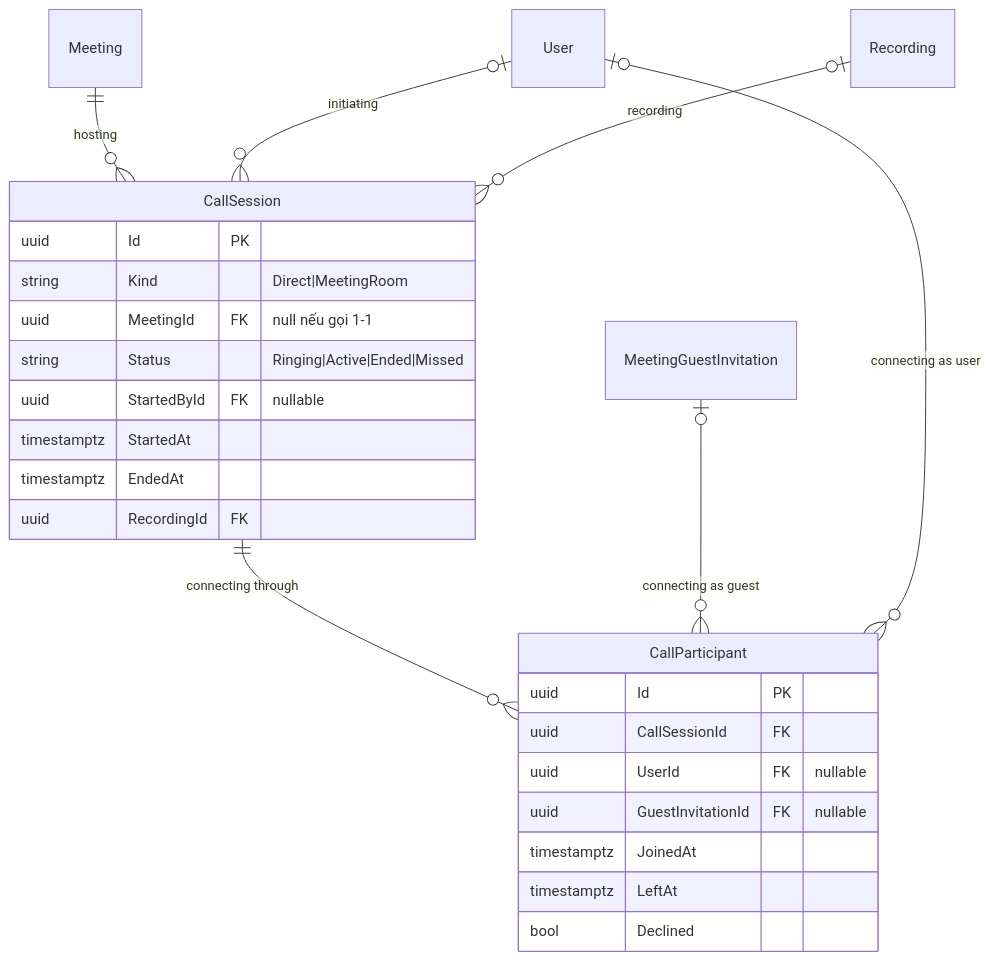
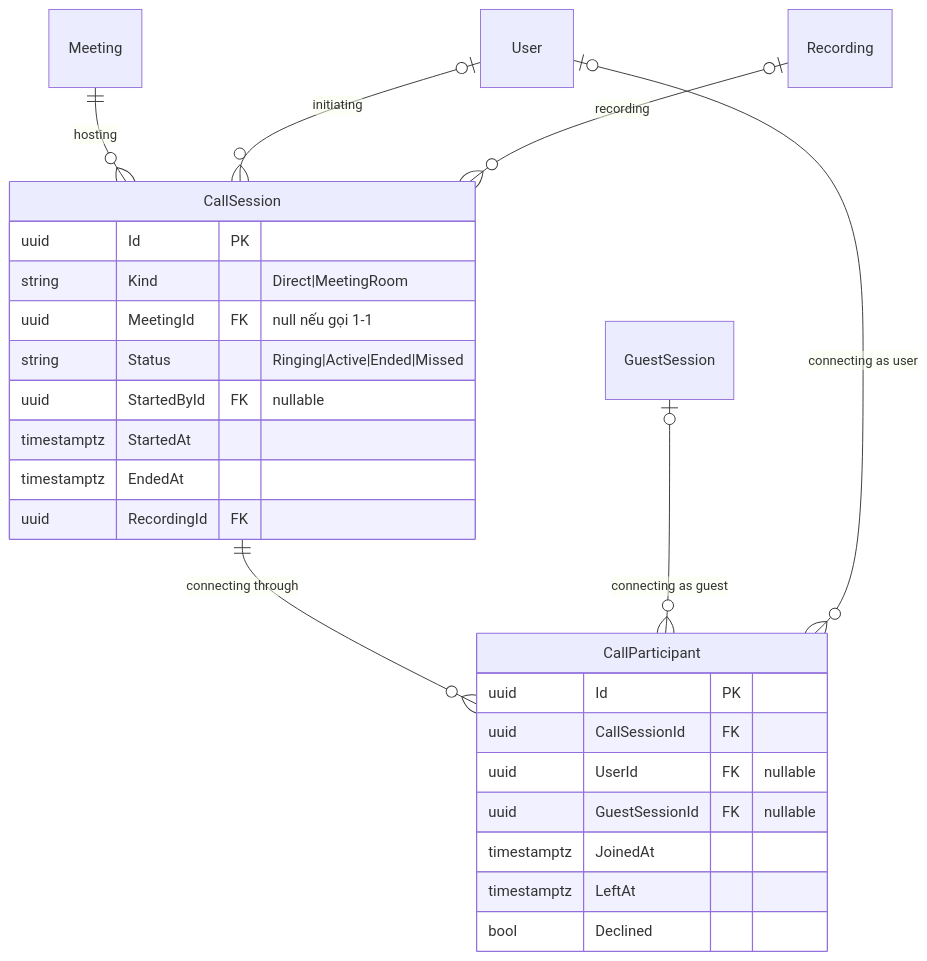
The fifth of 6 diagrams in docs/02-design/02-erd.md (callmehai/FU-FA26-G116), drawn with Mermaid before and after one commit. The commit also changed other lines of this file and 29 other files, not shown here.

````diff
--- a/docs/02-design/02-erd.md
+++ b/docs/02-design/02-erd.md
@@ -480,29 +480,29 @@
 ```mermaid
 erDiagram
     Meeting ||--o{ CallSession : "hosting"
     CallSession ||--o{ CallParticipant : "connecting through"
     User o|--o{ CallSession : "initiating"
     Recording o|--o{ CallSession : "recording"
-    MeetingGuestInvitation o|--o{ CallParticipant : "connecting as guest"
+    GuestSession o|--o{ CallParticipant : "connecting as guest"
     User o|--o{ CallParticipant : "connecting as user"
 
     CallSession {
         uuid Id PK
         string Kind "Direct|MeetingRoom"
         uuid MeetingId FK "null nếu gọi 1-1"
         string Status "Ringing|Active|Ended|Missed"
         uuid StartedById FK "nullable"
         timestamptz StartedAt
         timestamptz EndedAt
         uuid RecordingId FK
     }
     CallParticipant {
         uuid Id PK
         uuid CallSessionId FK
         uuid UserId FK "nullable"
-        uuid GuestInvitationId FK "nullable"
+        uuid GuestSessionId FK "nullable"
         timestamptz JoinedAt
         timestamptz LeftAt
         bool Declined
     }
 ```
````
